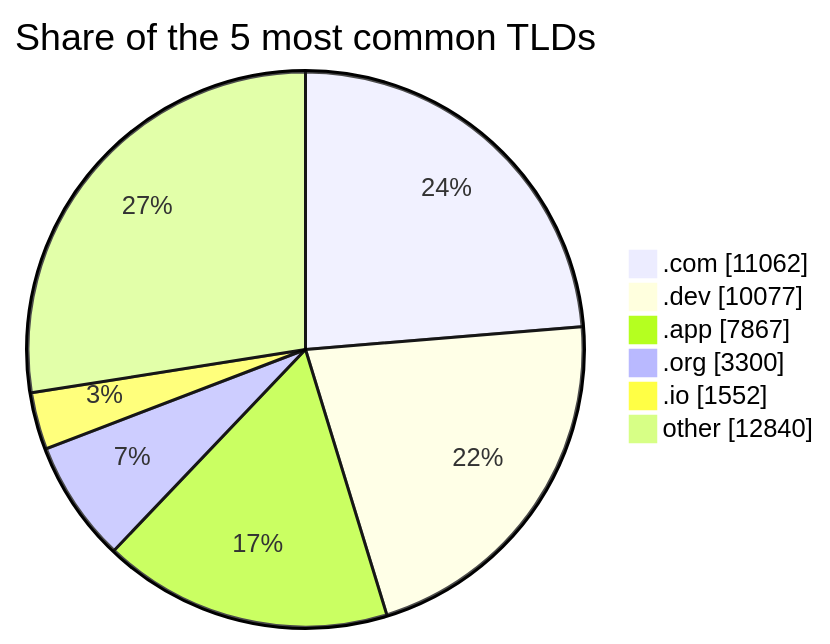
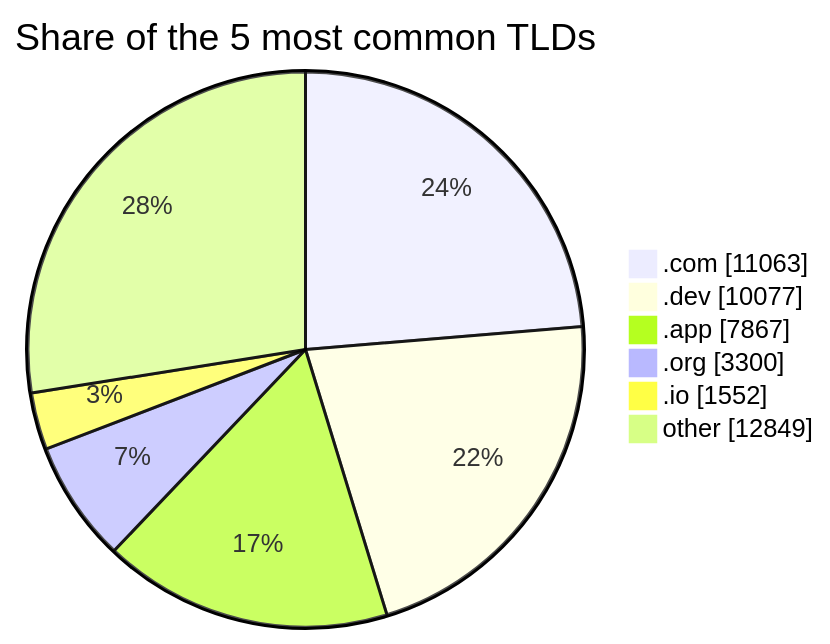
The third of 3 diagrams in README.md (DNSBunker/CTI), drawn with Mermaid before and after one commit. The commit also changed other lines of this file and 3 other files, not shown here.

````diff
--- a/README.md
+++ b/README.md
@@ -81,9 +81,9 @@
 ```mermaid
 pie showData title Share of the 5 most common TLDs
-    ".com" : 11062
+    ".com" : 11063
     ".dev" : 10077
     ".app" : 7867
     ".org" : 3300
     ".io" : 1552
-    "other" : 12840
+    "other" : 12849
 ```
````
